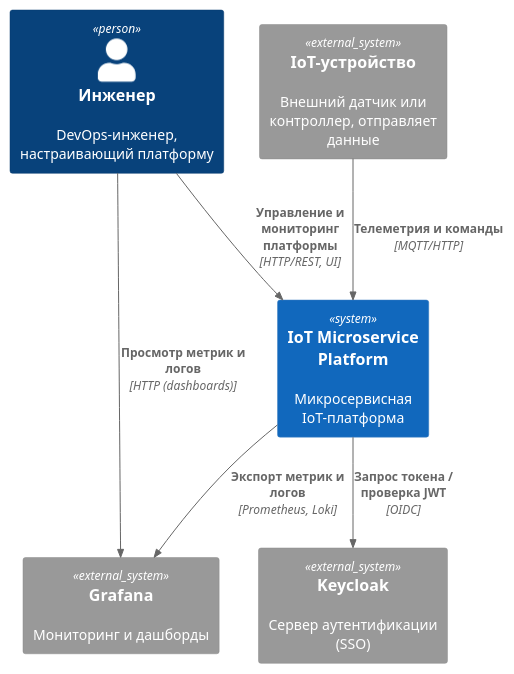
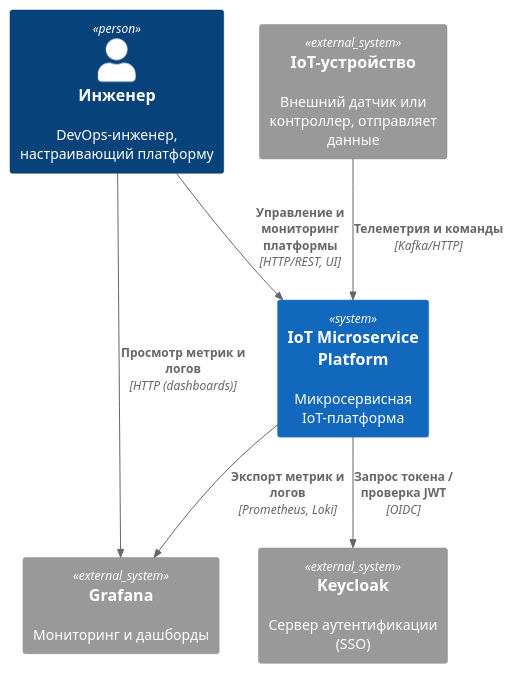
The diagram in diagrams/context.puml (kolyago-vladislav/IoT), drawn with PlantUML before and after one commit. The commit also changed 7 other files, not shown here.

```diff
--- a/diagrams/context.puml
+++ b/diagrams/context.puml
@@ -1,15 +1,15 @@
 @startuml Context
 !includeurl https://raw.githubusercontent.com/plantuml-stdlib/C4-PlantUML/master/C4_Context.puml
 
 Person(engineer, "Инженер", "DevOps-инженер, настраивающий платформу")
 System(System_IoT, "IoT Microservice Platform", "Микросервисная IoT-платформа")
 System_Ext(device, "IoT-устройство", "Внешний датчик или контроллер, отправляет данные")
 System_Ext(keycloak, "Keycloak", "Сервер аутентификации (SSO)")
 System_Ext(grafana, "Grafana", "Мониторинг и дашборды")
 
 Rel(engineer, System_IoT, "Управление и мониторинг платформы", "HTTP/REST, UI")
-Rel(device, System_IoT, "Телеметрия и команды", "MQTT/HTTP")
+Rel(device, System_IoT, "Телеметрия и команды", "Kafka/HTTP")
 Rel(engineer, grafana, "Просмотр метрик и логов", "HTTP (dashboards)")
 Rel(System_IoT, keycloak, "Запрос токена / проверка JWT", "OIDC")
 Rel(System_IoT, grafana, "Экспорт метрик и логов", "Prometheus, Loki")
 @enduml
```
